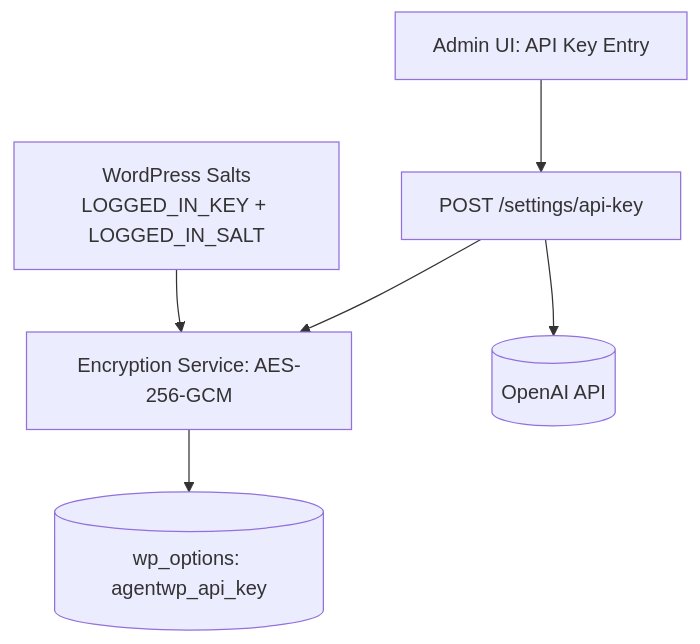
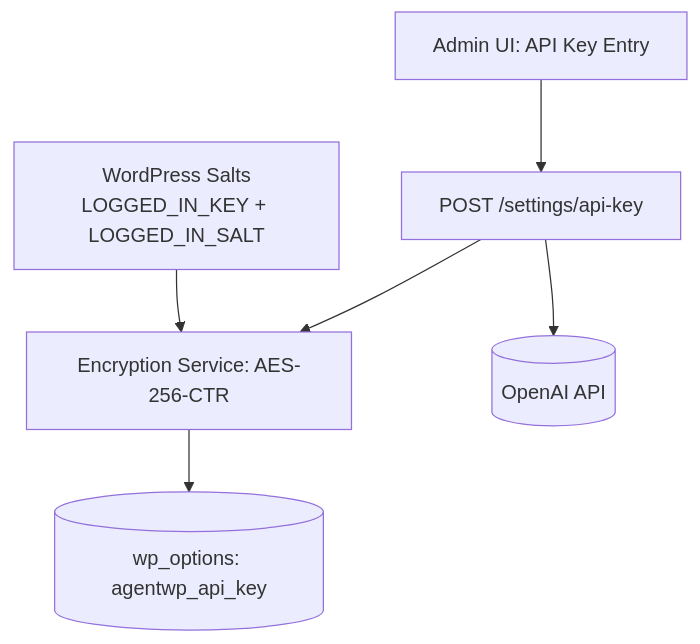
The third of 6 diagrams in docs/ARCHITECTURE.md (ahmeddyounes/agentwp), drawn with Mermaid before and after one commit. The commit also changed other lines of this file and 8 other files, not shown here.

````diff
--- a/docs/ARCHITECTURE.md
+++ b/docs/ARCHITECTURE.md
@@ -358,14 +358,14 @@
 ```mermaid
 flowchart TB
   UI[Admin UI: API Key Entry]
   REST[POST /settings/api-key]
-  ENC[Encryption Service: AES-256-GCM]
+  ENC[Encryption Service: AES-256-CTR]
   SALTS[WordPress Salts\nLOGGED_IN_KEY + LOGGED_IN_SALT]
   OPT[(wp_options: agentwp_api_key)]
   OPENAI[(OpenAI API)]
 
   UI --> REST --> ENC
   SALTS --> ENC
   ENC --> OPT
   REST --> OPENAI
 ```
````
